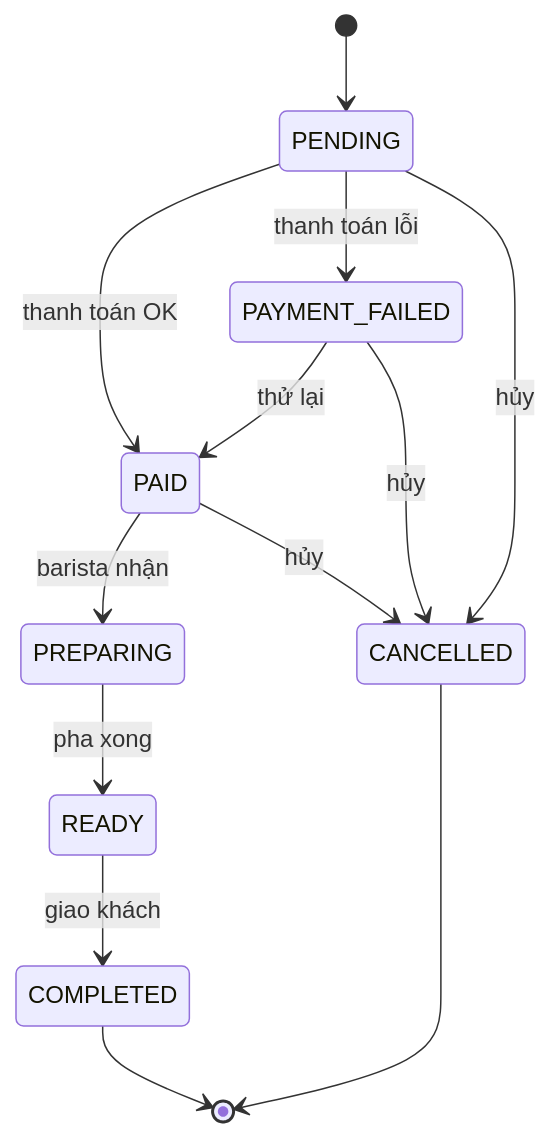
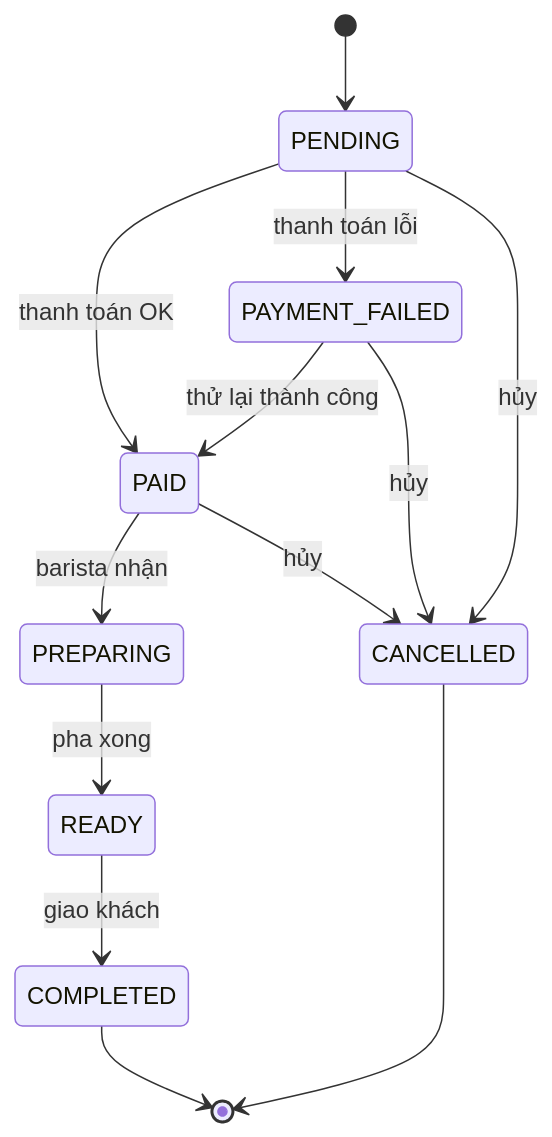
One commit to Thaitruong26/Brewlite changed the second of 2 diagrams in A1.md. Above: the diagram before and after it, drawn with Mermaid. The commit also changed other lines of this file and 31 other files, not shown here.

````diff
--- a/A1.md
+++ b/A1.md
@@ -174,15 +159,15 @@
 ```mermaid
 stateDiagram-v2
   [*] --> PENDING
   PENDING --> PAID: thanh toán OK
+  PENDING --> PAYMENT_FAILED: thanh toán lỗi
+  PAYMENT_FAILED --> PAID: thử lại thành công
+  PENDING --> CANCELLED: hủy
+  PAYMENT_FAILED --> CANCELLED: hủy
   PAID --> PREPARING: barista nhận
+  PAID --> CANCELLED: hủy
   PREPARING --> READY: pha xong
   READY --> COMPLETED: giao khách
-  PENDING --> PAYMENT_FAILED: thanh toán lỗi
-  PAYMENT_FAILED --> PAID: thử lại
-  PENDING --> CANCELLED: hủy
-  PAYMENT_FAILED --> CANCELLED: hủy
-  PAID --> CANCELLED: hủy
   COMPLETED --> [*]
   CANCELLED --> [*]
 ```
````
